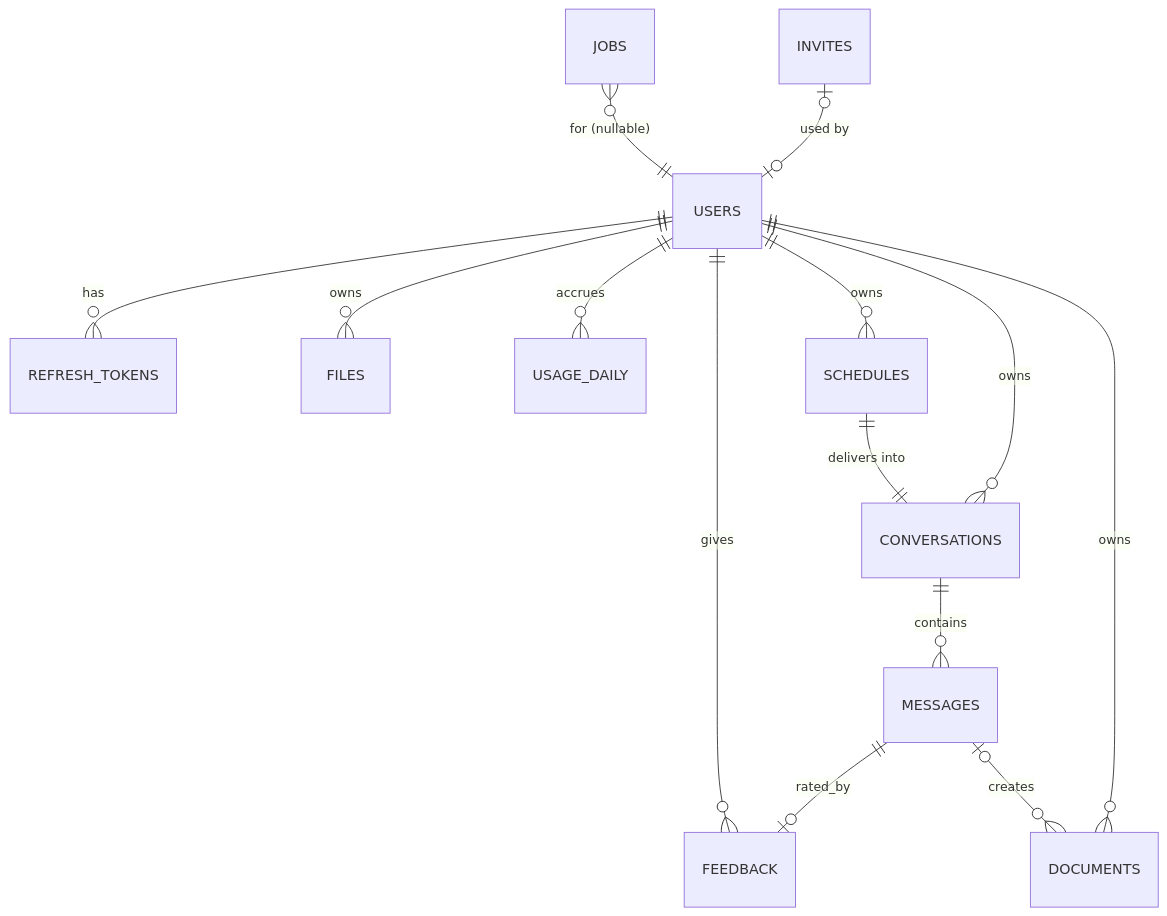
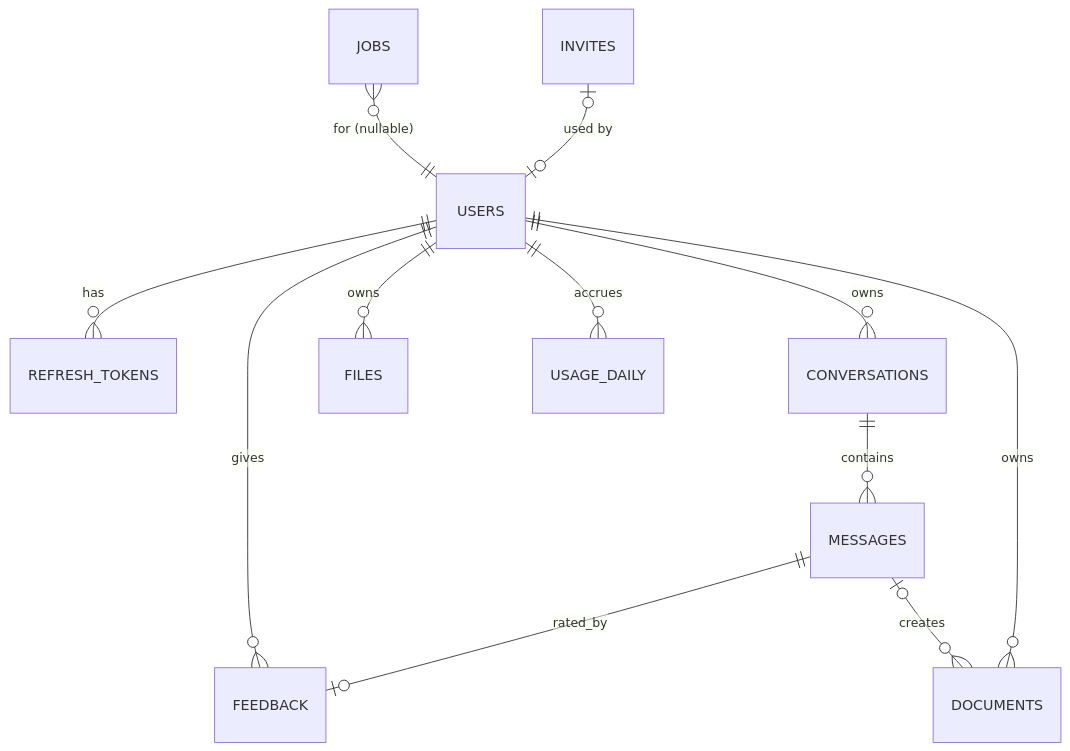
Before and after one commit to dinesh24murali/nexus-ai: the second of 3 diagrams in docs/02_outputs/03_tech_architecture.md, drawn with Mermaid. The commit also changed other lines of this file and 22 other files, not shown here.

````diff
--- a/docs/02_outputs/03_tech_architecture.md
+++ b/docs/02_outputs/03_tech_architecture.md
@@ -58,16 +58,14 @@
 ```mermaid
 erDiagram
   USERS ||--o{ REFRESH_TOKENS : has
   INVITES |o--o| USERS : "used by"
   USERS ||--o{ CONVERSATIONS : owns
   USERS ||--o{ FILES : owns
   USERS ||--o{ USAGE_DAILY : accrues
   CONVERSATIONS ||--o{ MESSAGES : contains
   MESSAGES ||--o| FEEDBACK : rated_by
   USERS ||--o{ FEEDBACK : gives
   JOBS }o--|| USERS : "for (nullable)"
   USERS ||--o{ DOCUMENTS : owns
   MESSAGES |o--o{ DOCUMENTS : creates
-  USERS ||--o{ SCHEDULES : owns
-  SCHEDULES ||--|| CONVERSATIONS : "delivers into"
 ```
````
